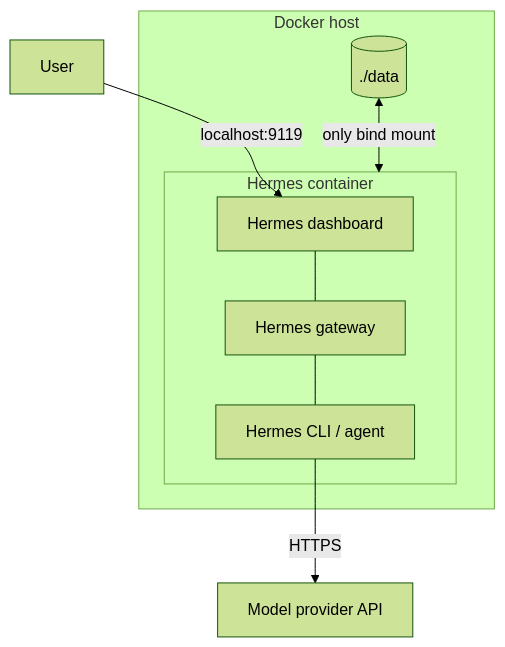
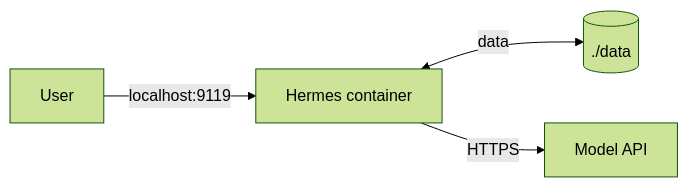
One commit to SadraKhorami/hermes-secure-docker changed the diagram in README.md. Above: the diagram before and after it, drawn with Mermaid (forest theme). The commit also changed 1 other file, not shown here.

Commit message:
Simplify architecture diagram

````diff
--- a/README.md
+++ b/README.md
@@ -7,14 +7,6 @@
 ```mermaid
-flowchart TB
-  User[User] -->|localhost:9119| Dashboard[Hermes dashboard]
-  subgraph Host[Docker host]
-    subgraph Container[Hermes container]
-      Dashboard
-      Gateway[Hermes gateway]
-      Agent[Hermes CLI / agent]
-      Dashboard --- Gateway --- Agent
-    end
-    Data[(./data)] <-->|only bind mount| Container
-  end
-  Agent -->|HTTPS| Provider[Model provider API]
+flowchart LR
+  User[User] -->|localhost:9119| Hermes[Hermes container]
+  Hermes <-->|data| Data[(./data)]
+  Hermes -->|HTTPS| Provider[Model API]
 ```
````
